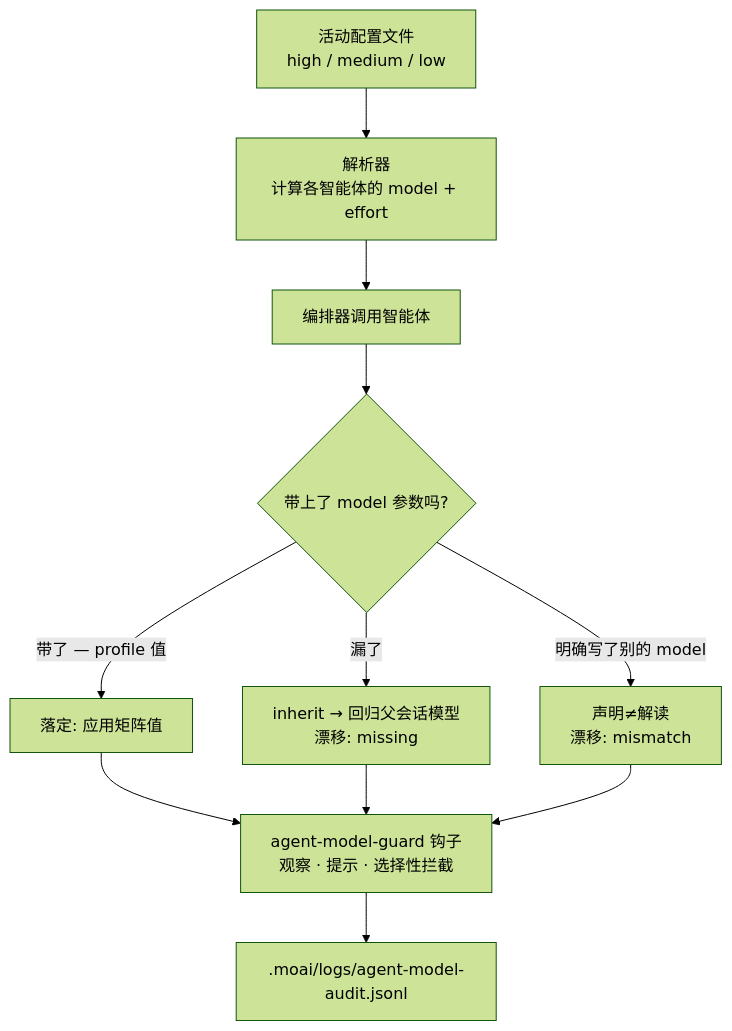
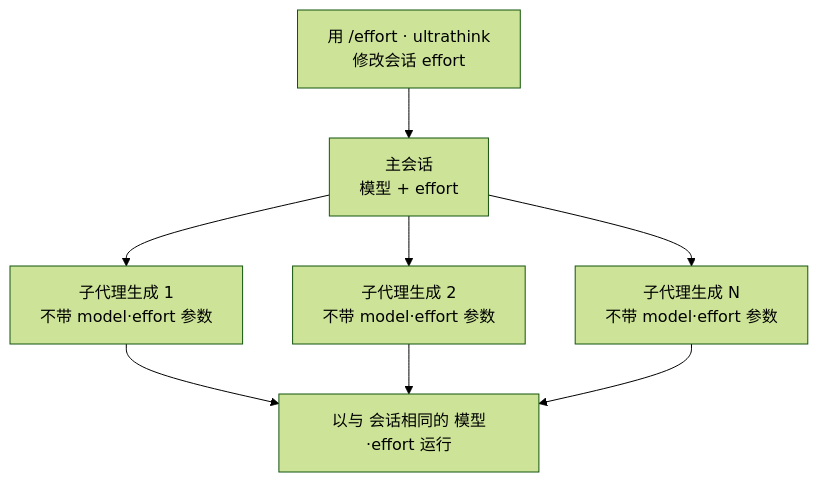
One commit to modu-ai/moai-adk changed the diagram in docs-site/content/zh/multi-llm/model-policy.md. Above: the diagram before and after it, drawn with Mermaid (forest theme). The commit also changed other lines of this file and 21 other files, not shown here.

````diff
--- a/docs-site/content/zh/multi-llm/model-policy.md
+++ b/docs-site/content/zh/multi-llm/model-policy.md
@@ -154,13 +72,10 @@
 ```mermaid
 flowchart TD
-    A["活动配置文件<br/>high / medium / low"] --> B["解析器<br/>计算各智能体的 model + effort"]
-    B --> C["编排器调用智能体"]
-    C --> D{"带上了 model 参数吗?"}
-    D -->|"带了 — profile 值"| E["落定: 应用矩阵值"]
-    D -->|"漏了"| F["inherit → 回归父会话模型<br/>漂移: missing"]
-    D -->|"明确写了别的 model"| G["声明≠解读<br/>漂移: mismatch"]
-    E --> H["agent-model-guard 钩子<br/>观察 · 提示 · 选择性拦截"]
-    F --> H
-    G --> H
-    H --> I[".moai/logs/agent-model-audit.jsonl"]
+    S["主会话<br/>模型 + effort"] --> W1["子代理生成 1<br/>不带 model·effort 参数"]
+    S --> W2["子代理生成 2<br/>不带 model·effort 参数"]
+    S --> W3["子代理生成 N<br/>不带 model·effort 参数"]
+    W1 --> I["以与 会话相同的 模型·effort 运行"]
+    W2 --> I
+    W3 --> I
+    E["用 /effort · ultrathink<br/>修改会话 effort"] --> S
 ```
````
